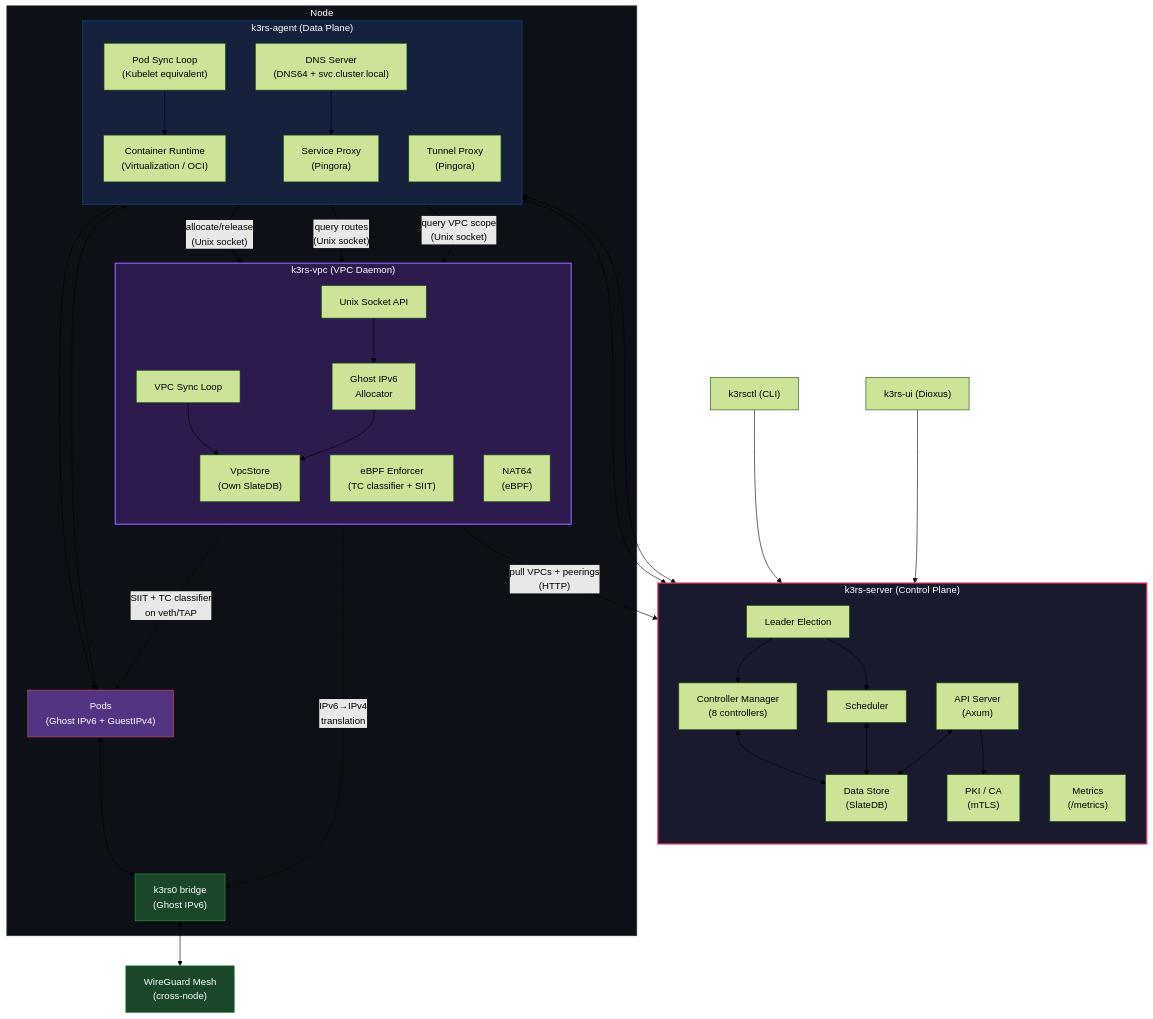
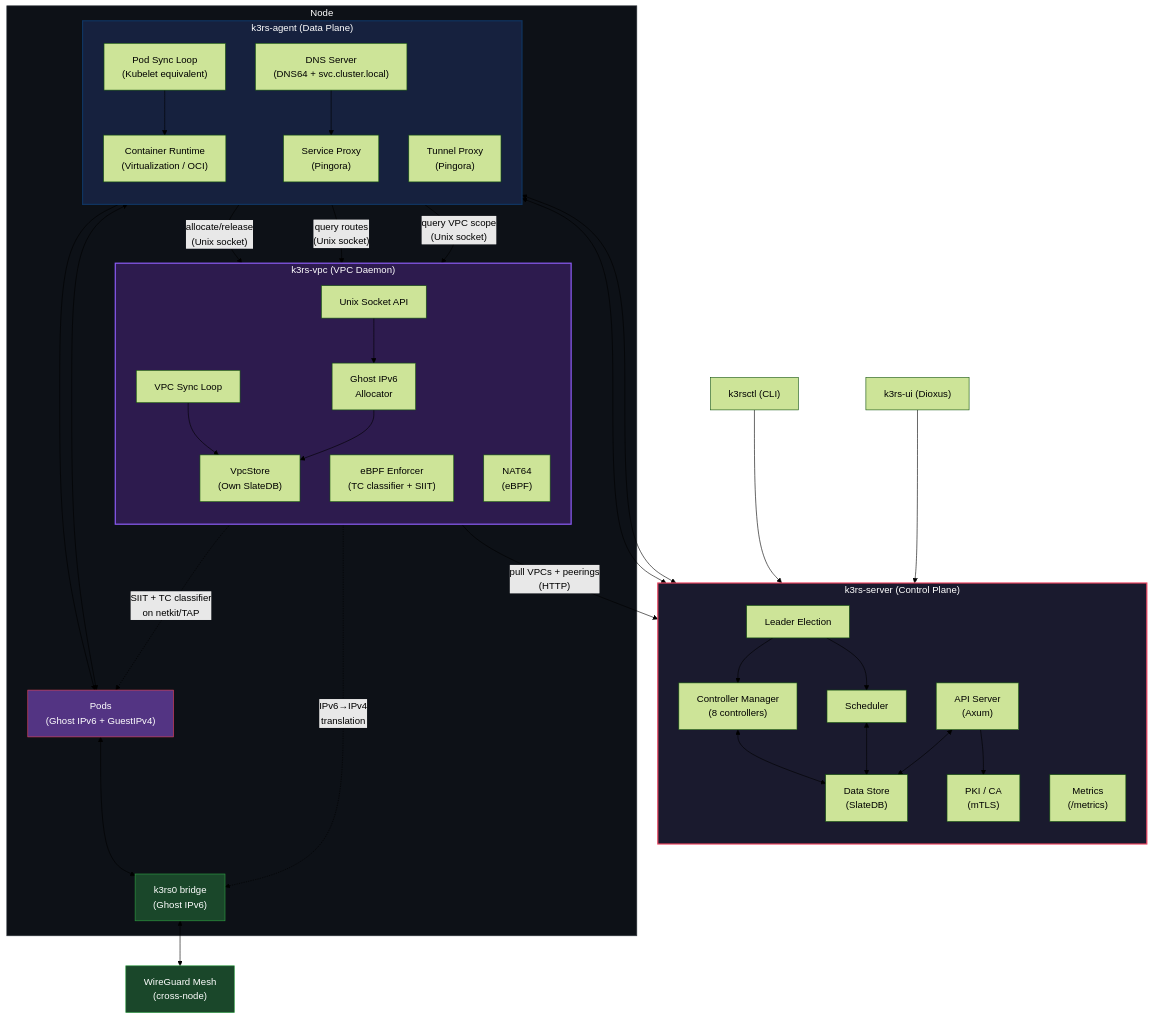
One commit to AssetsArt/k3rs changed the diagram in spec.md. Above: the diagram before and after it, drawn with Mermaid (forest theme). The commit also changed other lines of this file, not shown here.

Commit message:
refactor: Migrate eBPF configuration from shared SIIT_CONFIG map to per-pod .rodata globals and standardize interface terminology from veth to netkit.

````diff
--- a/spec.md
+++ b/spec.md
@@ -20,77 +20,77 @@
 ```mermaid
 graph TB
     subgraph server["k3rs-server (Control Plane)"]
         direction TB
         API["API Server<br/>(Axum)"]
         SCHED["Scheduler"]
         CTRL["Controller Manager<br/>(8 controllers)"]
         DB["Data Store<br/>(SlateDB)"]
         LEADER["Leader Election"]
         METRICS["Metrics<br/>(/metrics)"]
         PKI["PKI / CA<br/>(mTLS)"]
 
         API <--> DB
         SCHED <--> DB
         CTRL <--> DB
         LEADER --> CTRL
         LEADER --> SCHED
         API --> PKI
     end
 
     subgraph node["Node"]
         subgraph vpc_daemon["k3rs-vpc (VPC Daemon)"]
             direction TB
             VPC_SYNC["VPC Sync Loop"]
             GHOST["Ghost IPv6<br/>Allocator"]
             EBPF["eBPF Enforcer<br/>(TC classifier + SIIT)"]
             NAT64["NAT64<br/>(eBPF)"]
             VPC_STORE["VpcStore<br/>(Own SlateDB)"]
             VPC_SOCK["Unix Socket API"]
 
             VPC_SYNC --> VPC_STORE
             GHOST --> VPC_STORE
             VPC_SOCK --> GHOST
         end
 
         subgraph agent["k3rs-agent (Data Plane)"]
             direction TB
             KUBELET["Pod Sync Loop<br/>(Kubelet equivalent)"]
             RUNTIME["Container Runtime<br/>(Virtualization / OCI)"]
             SPROXY["Service Proxy<br/>(Pingora)"]
             TUNNEL["Tunnel Proxy<br/>(Pingora)"]
             DNS["DNS Server<br/>(DNS64 + svc.cluster.local)"]
         end
 
         BRIDGE["k3rs0 bridge<br/>(Ghost IPv6)"]
         PODS["Pods<br/>(Ghost IPv6 + GuestIPv4)"]
 
         KUBELET --> RUNTIME
         RUNTIME --> PODS
         SPROXY <--> PODS
         DNS --> SPROXY
         PODS <--> BRIDGE
-        EBPF -.->|"SIIT + TC classifier<br/>on veth/TAP"| PODS
+        EBPF -.->|"SIIT + TC classifier<br/>on netkit/TAP"| PODS
         NAT64 -.->|"IPv6→IPv4<br/>translation"| BRIDGE
 
         KUBELET -- "allocate/release<br/>(Unix socket)" --> VPC_SOCK
         SPROXY -- "query routes<br/>(Unix socket)" --> VPC_SOCK
         DNS -- "query VPC scope<br/>(Unix socket)" --> VPC_SOCK
     end
 
     CLI["k3rsctl (CLI)"] --> API
     UI["k3rs-ui (Dioxus)"] --> API
     TUNNEL <--> API
     KUBELET <--> API
     VPC_SYNC -- "pull VPCs + peerings<br/>(HTTP)" --> API
 
     WG["WireGuard Mesh<br/>(cross-node)"]
     BRIDGE <--> WG
 
     style server fill:#1a1a2e,stroke:#e94560,stroke-width:2px,color:#fff
     style agent fill:#16213e,stroke:#0f3460,stroke-width:2px,color:#fff
     style vpc_daemon fill:#2d1b4e,stroke:#8b5cf6,stroke-width:2px,color:#fff
     style node fill:#0d1117,stroke:#30363d,stroke-width:1px,color:#fff
     style PODS fill:#533483,stroke:#e94560,color:#fff
     style BRIDGE fill:#1a472a,stroke:#2ea043,color:#fff
     style WG fill:#1a472a,stroke:#2ea043,color:#fff
 ```
````
